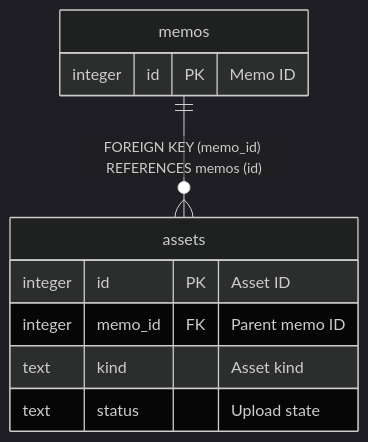
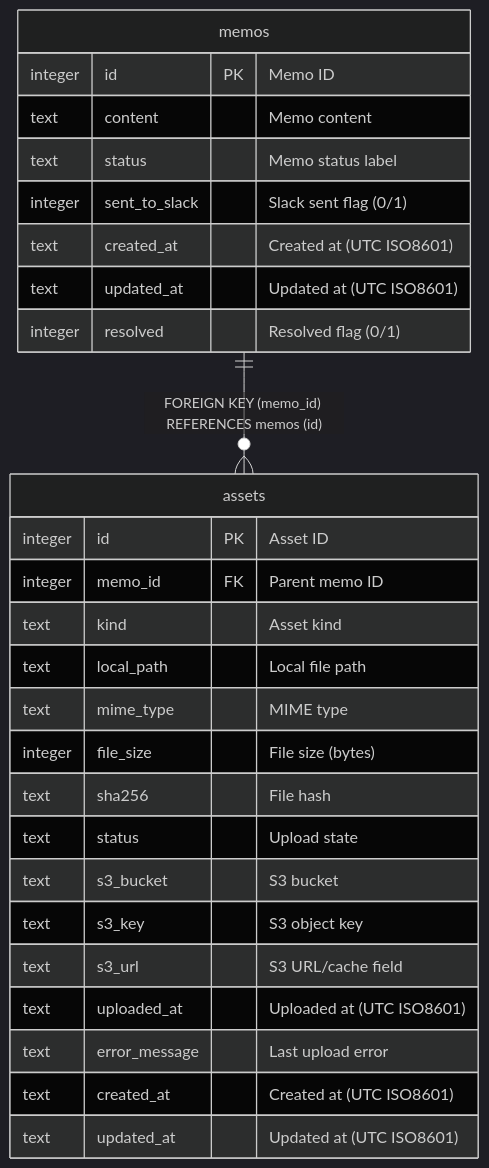
One commit to k-kanke/thought-drop changed the diagram in docs/schema/assets.md. Above: the diagram before and after it, drawn with Mermaid (dark theme). The commit also changed 2 other files, not shown here.

Commit message:
fix: docs/schema

````diff
--- a/docs/schema/assets.md
+++ b/docs/schema/assets.md
@@ -66,15 +66,32 @@
 ```mermaid
 erDiagram
 
 "memos" ||--o{ "assets" : "FOREIGN KEY (memo_id) REFERENCES memos (id)"
 
 "memos" {
   integer id PK "Memo ID"
+  text content "Memo content"
+  text status "Memo status label"
+  integer sent_to_slack "Slack sent flag (0/1)"
+  text created_at "Created at (UTC ISO8601)"
+  text updated_at "Updated at (UTC ISO8601)"
+  integer resolved "Resolved flag (0/1)"
 }
 "assets" {
   integer id PK "Asset ID"
   integer memo_id FK "Parent memo ID"
   text kind "Asset kind"
+  text local_path "Local file path"
+  text mime_type "MIME type"
+  integer file_size "File size (bytes)"
+  text sha256 "File hash"
   text status "Upload state"
+  text s3_bucket "S3 bucket"
+  text s3_key "S3 object key"
+  text s3_url "S3 URL/cache field"
+  text uploaded_at "Uploaded at (UTC ISO8601)"
+  text error_message "Last upload error"
+  text created_at "Created at (UTC ISO8601)"
+  text updated_at "Updated at (UTC ISO8601)"
 }
 ```
````
